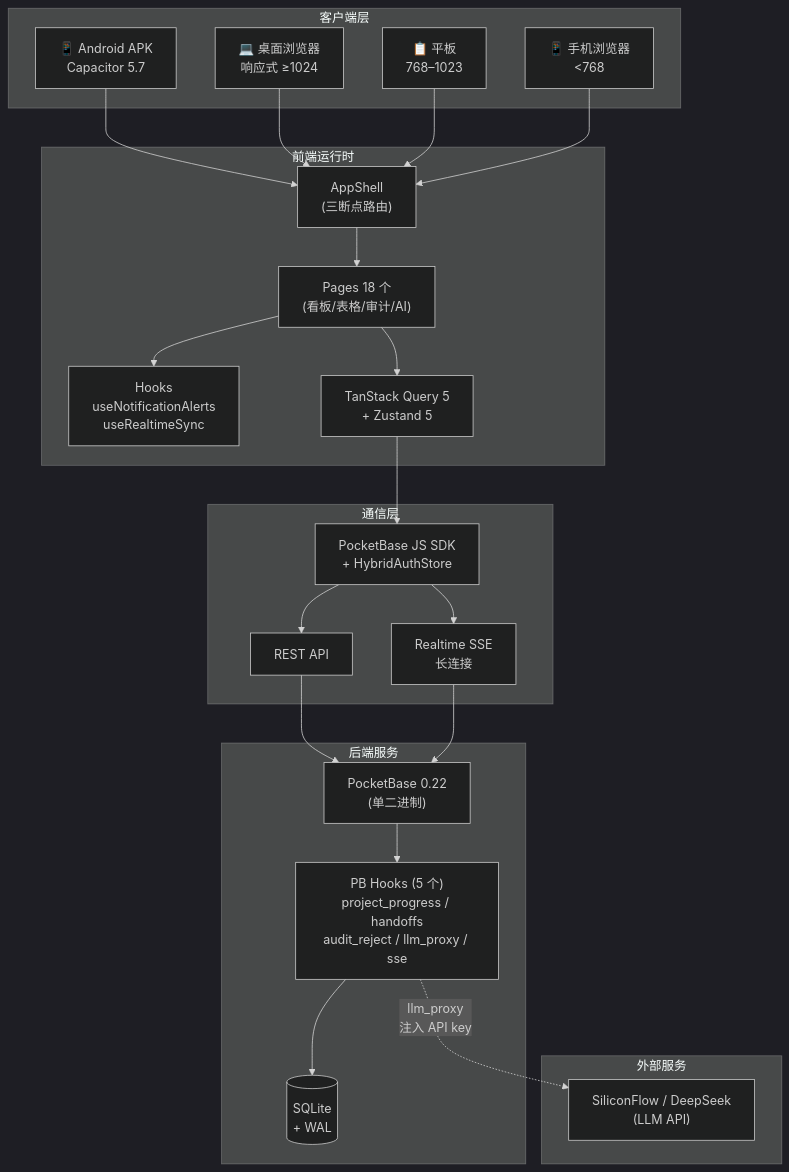
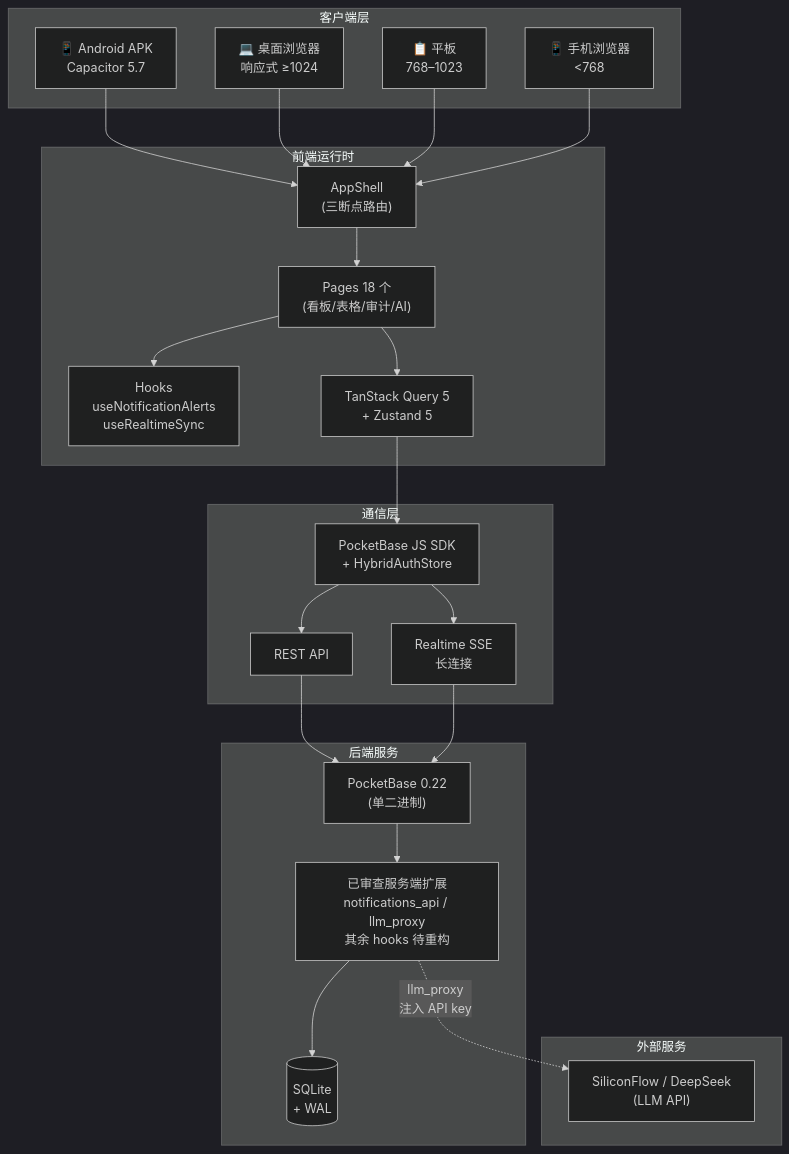
One commit to gaaiyun/engineering-pms changed the first of 4 diagrams in README.md. Above: the diagram before and after it, drawn with Mermaid (dark theme). The commit also changed other lines of this file and 8 other files, not shown here.

````diff
--- a/README.md
+++ b/README.md
@@ -34,44 +36,44 @@
 ```mermaid
 flowchart TB
     subgraph 客户端层
         Mobile["📱 Android APK<br/>Capacitor 5.7"]
         Desktop["💻 桌面浏览器<br/>响应式 ≥1024"]
         Tablet["📋 平板<br/>768–1023"]
         Phone["📱 手机浏览器<br/>&lt;768"]
     end
 
     subgraph 前端运行时
         AppShell["AppShell<br/>(三断点路由)"]
         Pages["Pages 18 个<br/>(看板/表格/审计/AI)"]
         Hooks["Hooks<br/>useNotificationAlerts<br/>useRealtimeSync"]
         State["TanStack Query 5<br/>+ Zustand 5"]
     end
 
     subgraph 通信层
         SDK["PocketBase JS SDK<br/>+ HybridAuthStore"]
         SSE["Realtime SSE<br/>长连接"]
         HTTP["REST API"]
     end
 
     subgraph 后端服务
         PB["PocketBase 0.22<br/>(单二进制)"]
-        Hooks5["PB Hooks (5 个)<br/>project_progress / handoffs<br/>audit_reject / llm_proxy / sse"]
+        Hooks5["已审查服务端扩展<br/>notifications_api / llm_proxy<br/>其余 hooks 待重构"]
         SQLite[("SQLite<br/>+ WAL")]
     end
 
     subgraph 外部服务
         LLM["SiliconFlow / DeepSeek<br/>(LLM API)"]
     end
 
     Mobile & Desktop & Tablet & Phone --> AppShell
     AppShell --> Pages
     Pages --> Hooks
     Pages --> State
     State --> SDK
     SDK --> HTTP
     SDK --> SSE
     HTTP & SSE --> PB
     PB --> Hooks5
     Hooks5 --> SQLite
     Hooks5 -. "llm_proxy<br/>注入 API key" .-> LLM
 ```
````
